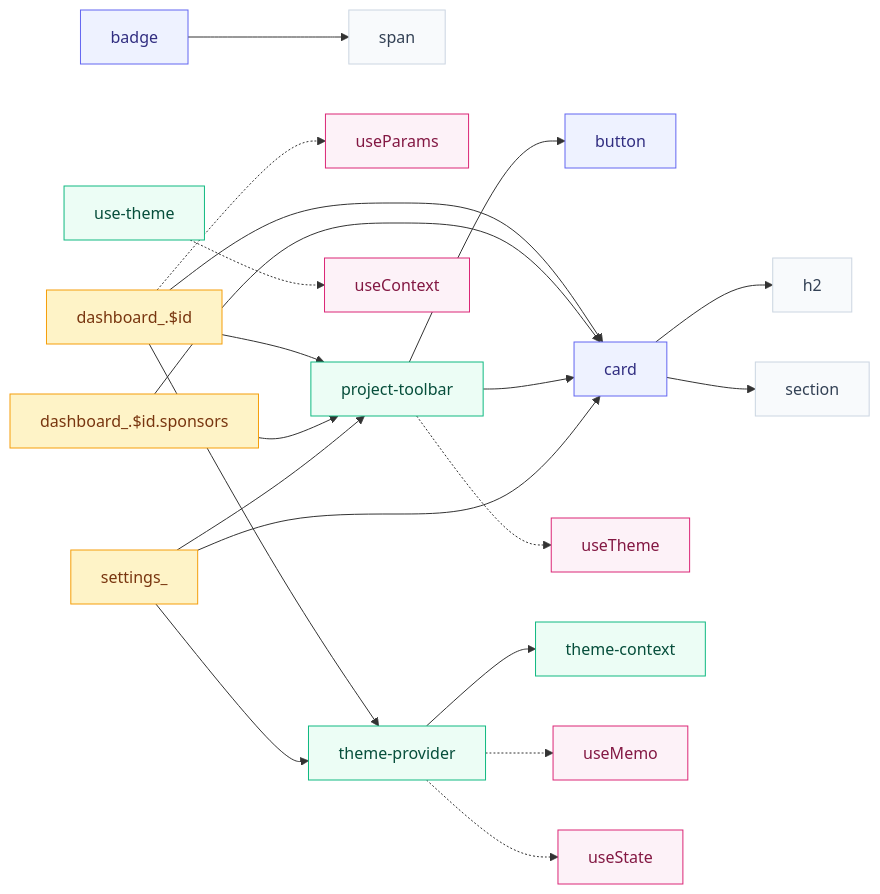
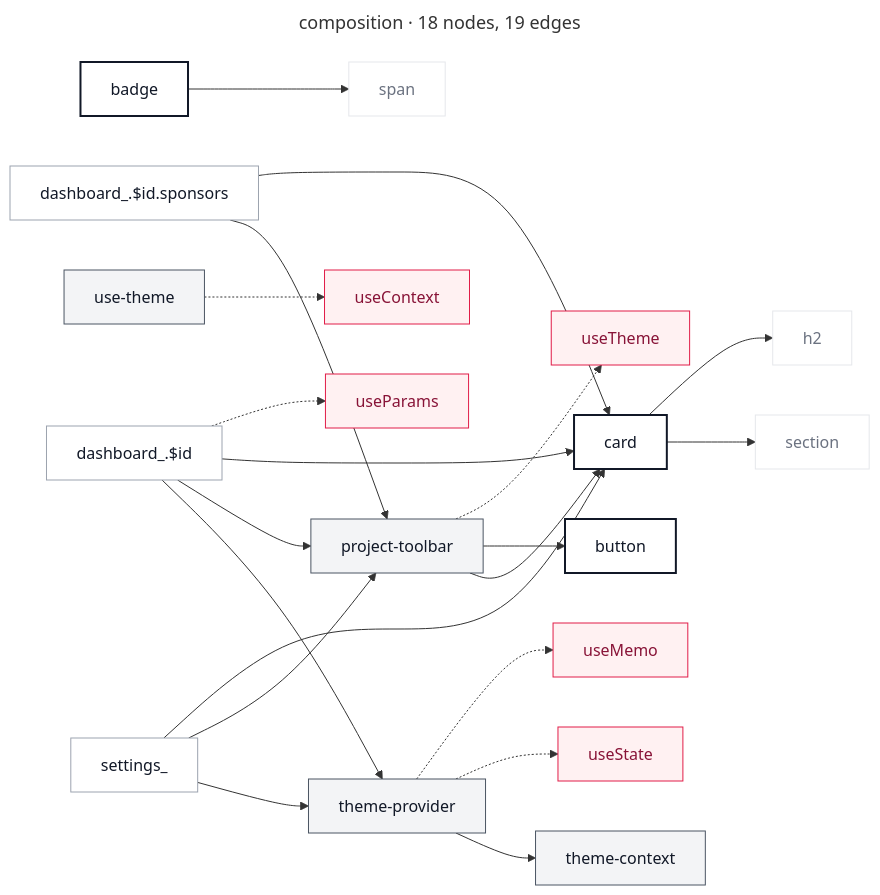
The diagram in examples/self/tools/ui-catalog/diagrams/composition.mmd (autotelic/tackle), drawn with Mermaid before and after one commit. The commit also changed 11 other files, not shown here.

First line of the commit message:
Draw the graphs that read: small multiples, and no non-data ink

```diff
--- a/examples/self/tools/ui-catalog/diagrams/composition.mmd
+++ b/examples/self/tools/ui-catalog/diagrams/composition.mmd
@@ -1,43 +1,50 @@
+---
+title: composition · 18 nodes, 19 edges
+---
 flowchart LR
-  n0["badge"]:::primitive
-  n1["span"]:::part
-  n2["button"]:::primitive
-  n3["card"]:::primitive
-  n4["h2"]:::part
-  n5["section"]:::part
-  n6["dashboard_.$id"]:::local
-  n7["useParams"]:::hook
-  n8["project-toolbar"]:::shared
-  n9["theme-provider"]:::shared
-  n10["dashboard_.$id.sponsors"]:::local
-  n11["useTheme"]:::hook
-  n12["settings_"]:::local
-  n13["theme-context"]:::shared
-  n14["useMemo"]:::hook
-  n15["useState"]:::hook
-  n16["use-theme"]:::shared
-  n17["useContext"]:::hook
+  n0["badge"]
+  n1["span"]
+  n2["button"]
+  n3["card"]
+  n4["h2"]
+  n5["section"]
+  n6["project-toolbar"]
+  n7["useTheme"]
+  n8["theme-context"]
+  n9["theme-provider"]
+  n10["useMemo"]
+  n11["useState"]
+  n12["use-theme"]
+  n13["useContext"]
+  n14["dashboard_.$id"]
+  n15["useParams"]
+  n16["dashboard_.$id.sponsors"]
+  n17["settings_"]
   n0 --> n1
   n3 --> n4
   n3 --> n5
   n6 -.-> n7
+  n6 --> n2
   n6 --> n3
-  n6 --> n8
-  n6 --> n9
-  n10 --> n3
-  n10 --> n8
-  n8 -.-> n11
-  n8 --> n2
-  n8 --> n3
-  n12 --> n3
-  n12 --> n8
-  n12 --> n9
-  n9 -.-> n14
-  n9 -.-> n15
-  n9 --> n13
-  n16 -.-> n17
-  classDef hook fill:#fdf2f8,stroke:#db2777,color:#831843;
-  classDef local fill:#fef3c7,stroke:#f59e0b,color:#78350f;
-  classDef part fill:#f8fafc,stroke:#cbd5e1,color:#334155;
-  classDef primitive fill:#eef2ff,stroke:#6366f1,color:#312e81;
-  classDef shared fill:#ecfdf5,stroke:#10b981,color:#064e3b;
+  n9 -.-> n10
+  n9 -.-> n11
+  n9 --> n8
+  n12 -.-> n13
+  n14 -.-> n15
+  n14 --> n3
+  n14 --> n6
+  n14 --> n9
+  n16 --> n3
+  n16 --> n6
+  n17 --> n3
+  n17 --> n6
+  n17 --> n9
+  class n7,n10,n11,n13,n15 hook
+  class n1,n4,n5 part
+  class n0,n2,n3 primitive
+  class n6,n8,n9,n12 shared
+  classDef default fill:#ffffff,stroke:#9ca3af,color:#111827;
+  classDef hook fill:#fff1f2,stroke:#e11d48,color:#881337;
+  classDef part fill:#ffffff,stroke:#e5e7eb,color:#6b7280;
+  classDef primitive fill:#ffffff,stroke:#111827,stroke-width:2px,color:#111827;
+  classDef shared fill:#f3f4f6,stroke:#4b5563,color:#111827;
```
